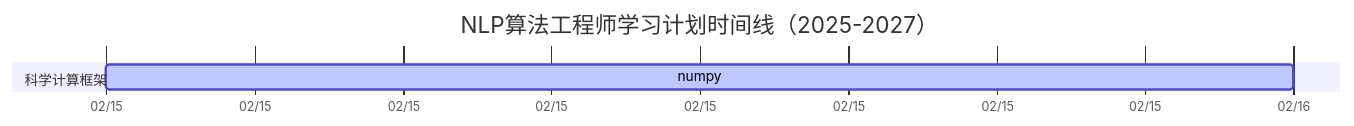
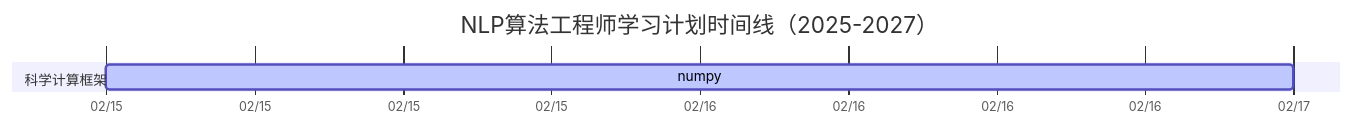
The diagram in 01 NLP核心模型与算法/第一阶段学习计划.md (FLFoxMail/nlp), drawn with Mermaid before and after one commit.

Commit message:
Update gantt chart axis format for structured learning plan

````diff
--- a/01 NLP核心模型与算法/第一阶段学习计划.md
+++ b/01 NLP核心模型与算法/第一阶段学习计划.md
@@ -1,9 +1,9 @@
 ```mermaid
 gantt
     title NLP算法工程师学习计划时间线（2025-2027）
     dateFormat  YYYY-MM-DD
     axisFormat  %m/%d
 
     section 科学计算框架
-    numpy :active,2025-02-15,  1d
+    numpy :active,2025-02-15,  2d
 ```
````
